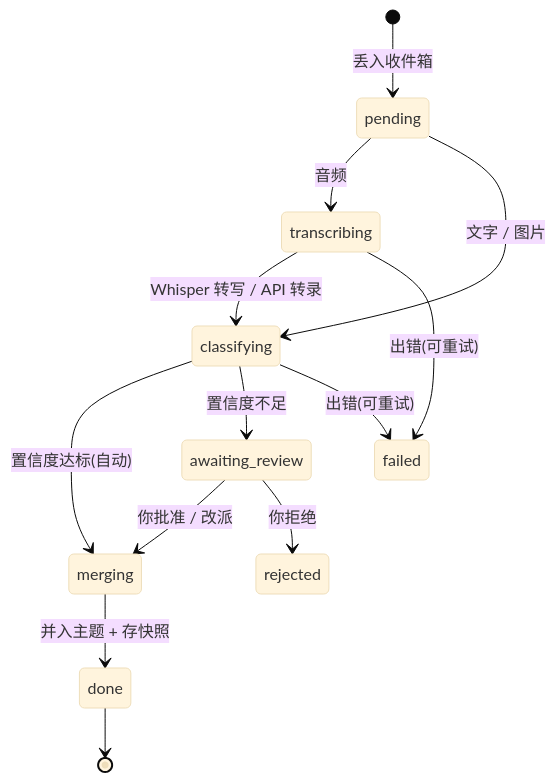
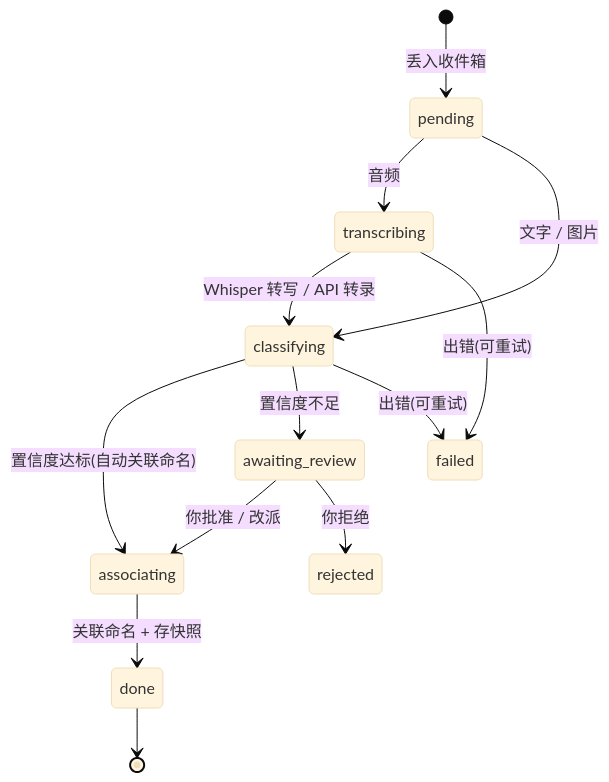
Before and after one commit to its-rory/luanxie: the second of 2 diagrams in README.md, drawn with Mermaid (base theme). The commit also changed other lines of this file and 1 other file, not shown here.

````diff
--- a/README.md
+++ b/README.md
@@ -118,15 +119,15 @@
 ```mermaid
 stateDiagram-v2
     [*] --> pending: 丢入收件箱
     pending --> transcribing: 音频
     pending --> classifying: 文字 / 图片
     transcribing --> classifying: Whisper 转写 / API 转录
-    classifying --> merging: 置信度达标(自动)
+    classifying --> associating: 置信度达标(自动关联命名)
     classifying --> awaiting_review: 置信度不足
-    awaiting_review --> merging: 你批准 / 改派
+    awaiting_review --> associating: 你批准 / 改派
     awaiting_review --> rejected: 你拒绝
-    merging --> done: 并入主题 + 存快照
+    associating --> done: 关联命名 + 存快照
     transcribing --> failed: 出错(可重试)
     classifying --> failed: 出错(可重试)
     done --> [*]
 ```
````
